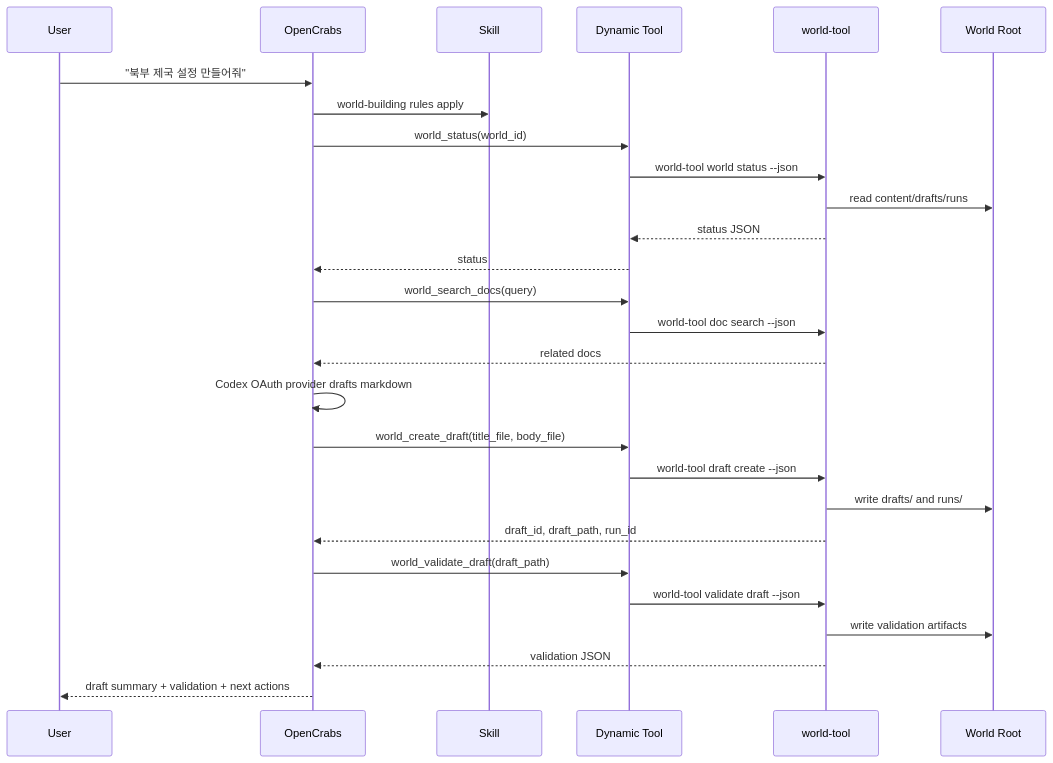
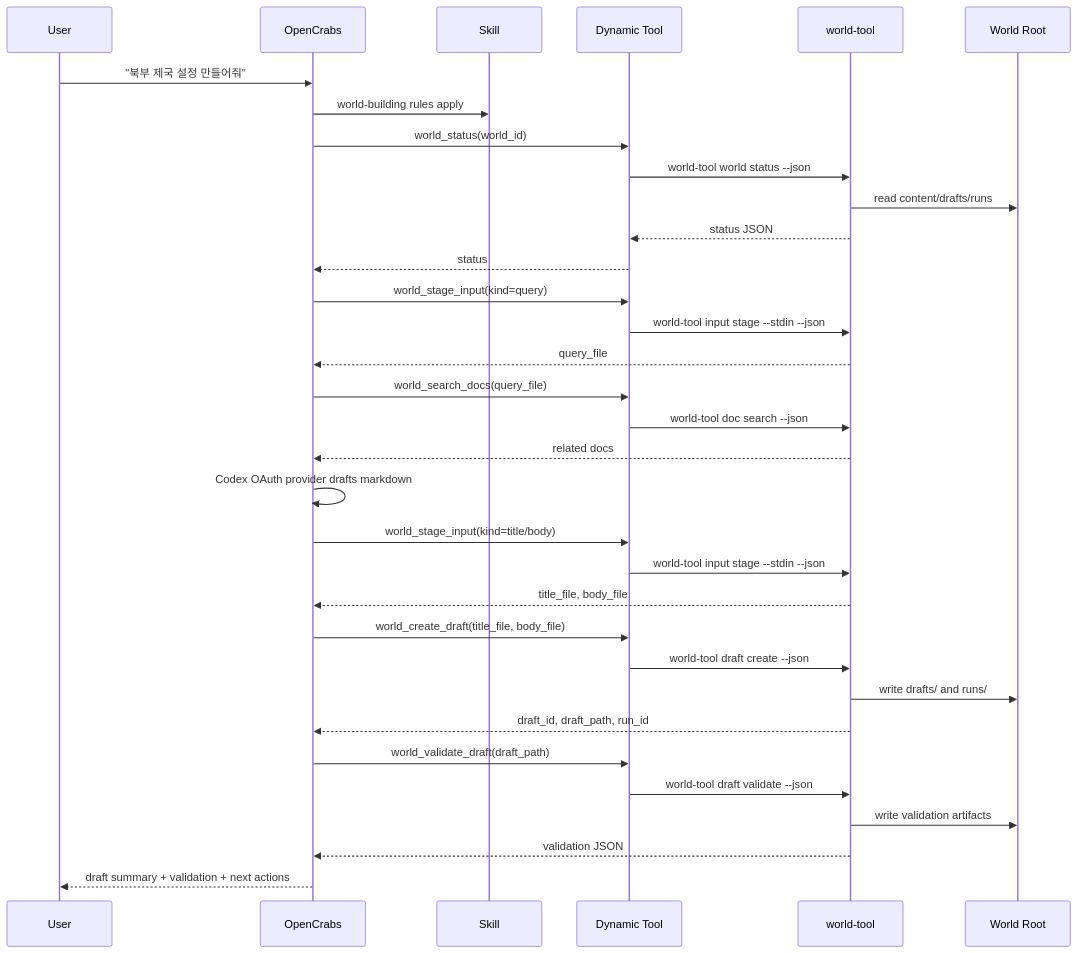
One commit to hoonzinope/world-building-harness changed the third of 5 diagrams in docs/system-design.md. Above: the diagram before and after it, drawn with Mermaid. The commit also changed other lines of this file and 12 other files, not shown here.

````diff
--- a/docs/system-design.md
+++ b/docs/system-design.md
@@ -89,30 +93,36 @@
 ```mermaid
 sequenceDiagram
     participant User
     participant OpenCrabs
     participant Skill
     participant Tool as Dynamic Tool
     participant WT as world-tool
     participant World as World Root
 
     User->>OpenCrabs: "북부 제국 설정 만들어줘"
     OpenCrabs->>Skill: world-building rules apply
     OpenCrabs->>Tool: world_status(world_id)
     Tool->>WT: world-tool world status --json
     WT->>World: read content/drafts/runs
     WT-->>Tool: status JSON
     Tool-->>OpenCrabs: status
-    OpenCrabs->>Tool: world_search_docs(query)
+    OpenCrabs->>Tool: world_stage_input(kind=query)
+    Tool->>WT: world-tool input stage --stdin --json
+    WT-->>OpenCrabs: query_file
+    OpenCrabs->>Tool: world_search_docs(query_file)
     Tool->>WT: world-tool doc search --json
     WT-->>OpenCrabs: related docs
     OpenCrabs->>OpenCrabs: Codex OAuth provider drafts markdown
+    OpenCrabs->>Tool: world_stage_input(kind=title/body)
+    Tool->>WT: world-tool input stage --stdin --json
+    WT-->>OpenCrabs: title_file, body_file
     OpenCrabs->>Tool: world_create_draft(title_file, body_file)
     Tool->>WT: world-tool draft create --json
     WT->>World: write drafts/ and runs/
     WT-->>OpenCrabs: draft_id, draft_path, run_id
     OpenCrabs->>Tool: world_validate_draft(draft_path)
-    Tool->>WT: world-tool validate draft --json
+    Tool->>WT: world-tool draft validate --json
     WT->>World: write validation artifacts
     WT-->>OpenCrabs: validation JSON
     OpenCrabs-->>User: draft summary + validation + next actions
 ```
````
